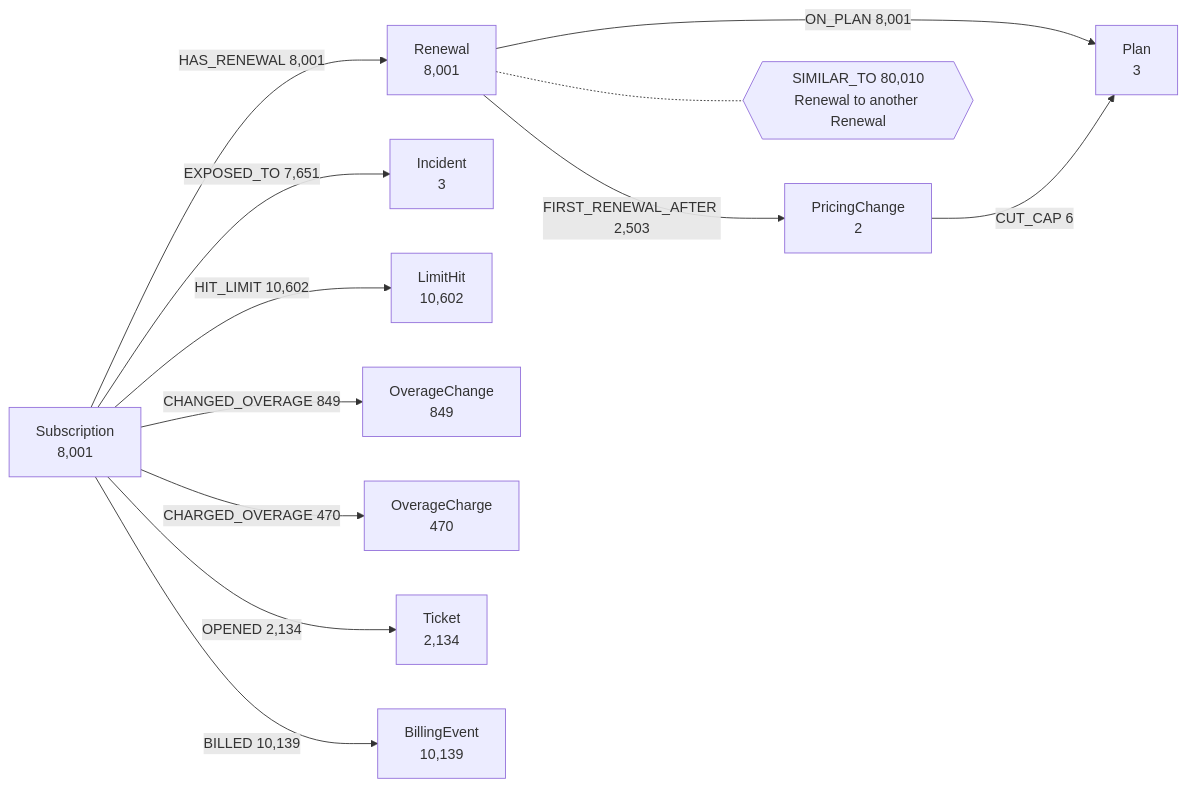
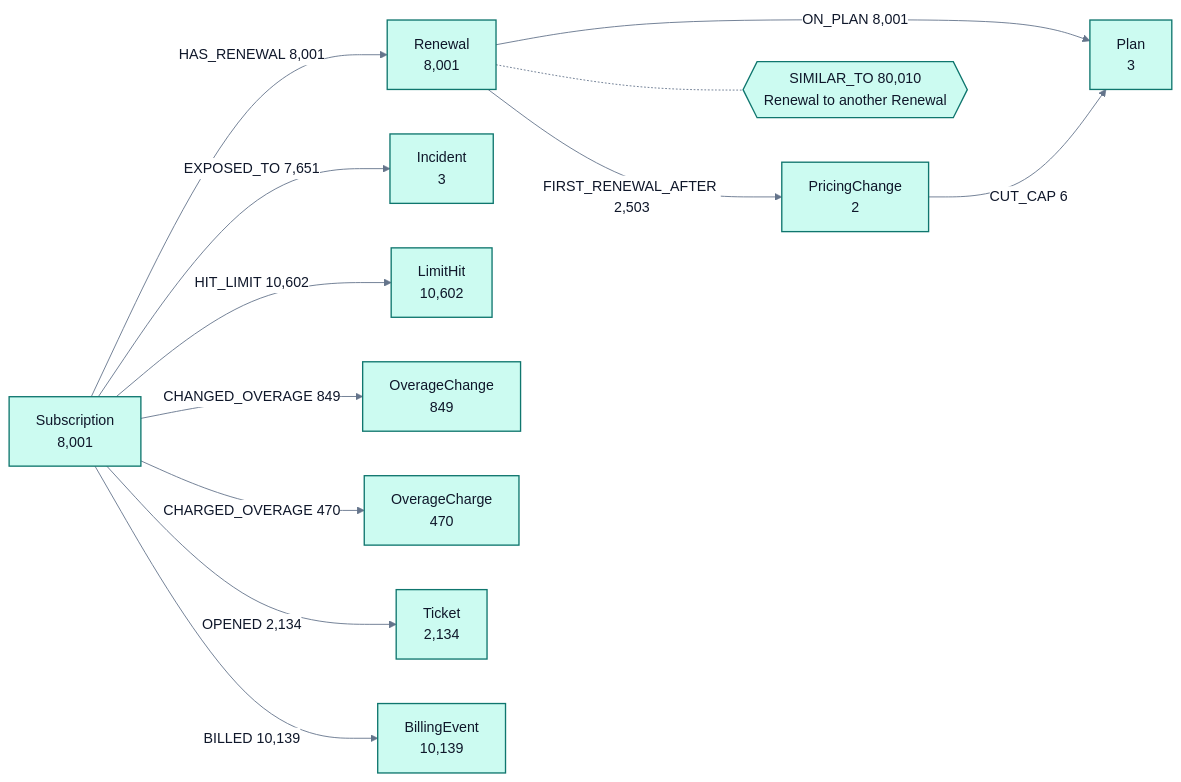
One commit to santoshshinde2012/local-data-lakehouse changed the first of 2 diagrams in docs/graph/data-model.md. Above: the diagram before and after it, drawn with Mermaid. The commit also changed other lines of this file and 41 other files, not shown here.

First line of the commit message:
docs: RESULTS.md and Mermaid diagrams on one palette (follow-up to #13) (#14)

````diff
--- a/docs/graph/data-model.md
+++ b/docs/graph/data-model.md
@@ -18,25 +18,35 @@
 ```mermaid
+%%{init: {"theme": "base", "flowchart": {"wrappingWidth": 360}, "themeVariables": {"primaryColor": "#CCFBF1", "primaryTextColor": "#0F172A", "primaryBorderColor": "#0F766E", "lineColor": "#64748B", "textColor": "#0F172A", "edgeLabelBackground": "#FFFFFF", "clusterBkg": "#FFFFFF", "clusterBorder": "#64748B", "titleColor": "#0F172A", "attributeBackgroundColorOdd": "#FFFFFF", "attributeBackgroundColorEven": "#F0FDFA", "relationColor": "#64748B", "relationLabelBackground": "#FFFFFF", "relationLabelColor": "#0F172A"}}}%%
 flowchart LR
   Subscription["Subscription<br/>8,001"]
   Renewal["Renewal<br/>8,001"]
   Plan["Plan<br/>3"]
   Incident["Incident<br/>3"]
   PricingChange["PricingChange<br/>2"]
   LimitHit["LimitHit<br/>10,602"]
   OverageChange["OverageChange<br/>849"]
   OverageCharge["OverageCharge<br/>470"]
   Ticket["Ticket<br/>2,134"]
   BillingEvent["BillingEvent<br/>10,139"]
   Subscription -->|"HAS_RENEWAL 8,001"| Renewal
   Renewal -->|"ON_PLAN 8,001"| Plan
   Subscription -->|"HIT_LIMIT 10,602"| LimitHit
   Subscription -->|"CHANGED_OVERAGE 849"| OverageChange
   Subscription -->|"CHARGED_OVERAGE 470"| OverageCharge
   Subscription -->|"OPENED 2,134"| Ticket
   Subscription -->|"BILLED 10,139"| BillingEvent
   Subscription -->|"EXPOSED_TO 7,651"| Incident
   Renewal -->|"FIRST_RENEWAL_AFTER 2,503"| PricingChange
   PricingChange -->|"CUT_CAP 6"| Plan
   Renewal_SIMILAR_TO{{"SIMILAR_TO 80,010<br/>Renewal to another Renewal"}}
   Renewal -.- Renewal_SIMILAR_TO
+
+  classDef storage fill:#DBEAFE,stroke:#1D4ED8,color:#0F172A,stroke-width:1.5px
+  classDef catalog fill:#FEF3C7,stroke:#B45309,color:#0F172A,stroke-width:1.5px
+  classDef compute fill:#ECFCCB,stroke:#4D7C0F,color:#0F172A,stroke-width:1.5px
+  classDef orchestration fill:#FCE7F3,stroke:#BE185D,color:#0F172A,stroke-width:1.5px
+  classDef graphlayer fill:#CCFBF1,stroke:#0F766E,color:#0F172A,stroke-width:1.5px
+  classDef consumer fill:#FFEDD5,stroke:#C2410C,color:#0F172A,stroke-width:1.5px
+  classDef data fill:#F1F5F9,stroke:#475569,color:#0F172A,stroke-width:1.5px
+  class Subscription,Renewal,Plan,Incident,PricingChange,LimitHit,OverageChange,OverageCharge,Ticket,BillingEvent,Renewal_SIMILAR_TO graphlayer
 ```
````
